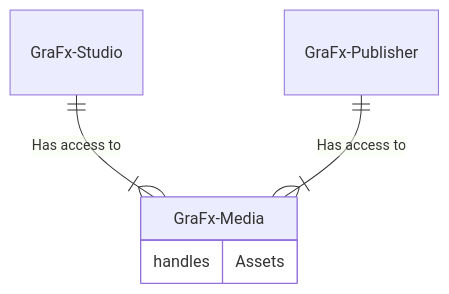
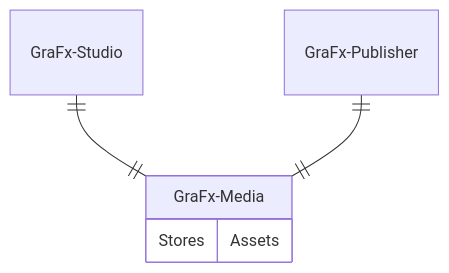
The diagram in docs/GraFx-Media/index.md (chili-publish/grafx-documentation), drawn with Mermaid before and after one commit. The commit also changed other lines of this file and 19 other files, not shown here.

Commit message:
media assignment in studio

````diff
--- a/docs/GraFx-Media/index.md
+++ b/docs/GraFx-Media/index.md
@@ -14,8 +12,8 @@
 ``` mermaid
 erDiagram
-  GraFx-Studio ||--|{ GraFx-Media : "Has access to"
-  GraFx-Publisher ||--|{ GraFx-Media : "Has access to"
+  GraFx-Studio ||--|| GraFx-Media : ""
+  GraFx-Publisher ||--|| GraFx-Media : ""
   GraFx-Media {
-  	handles Assets
+  	Stores Assets
   }  
 ```
````
